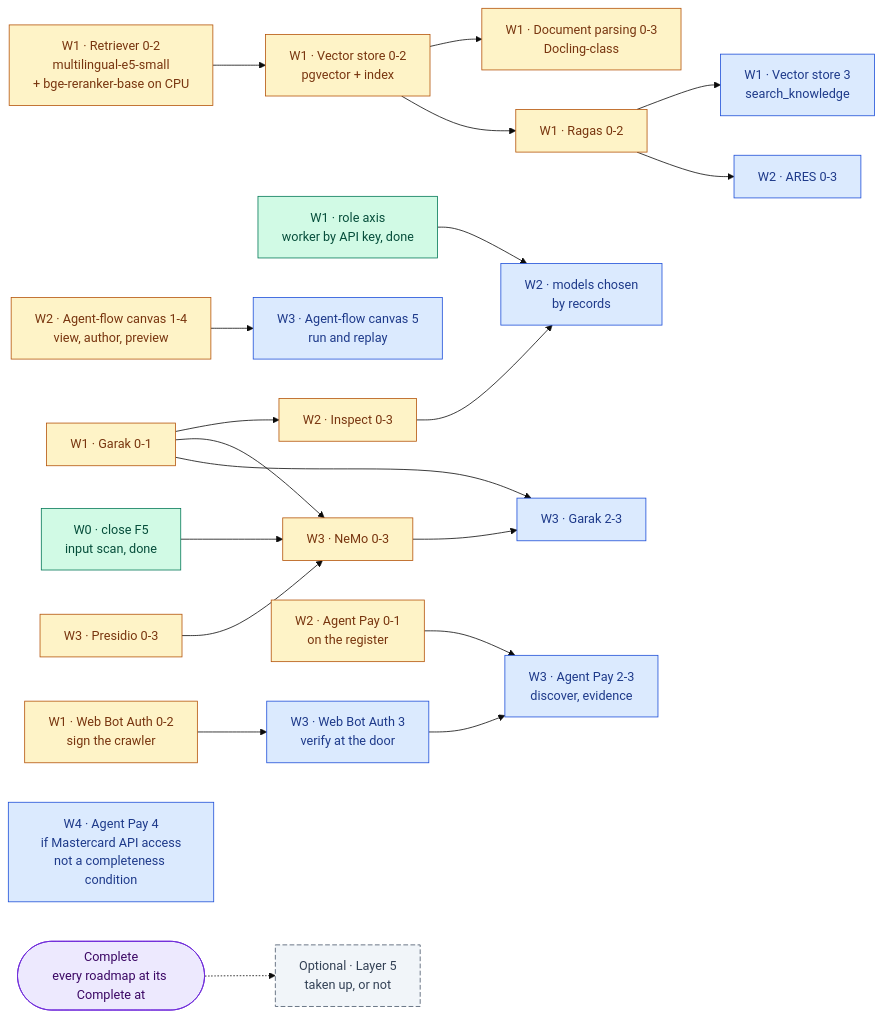
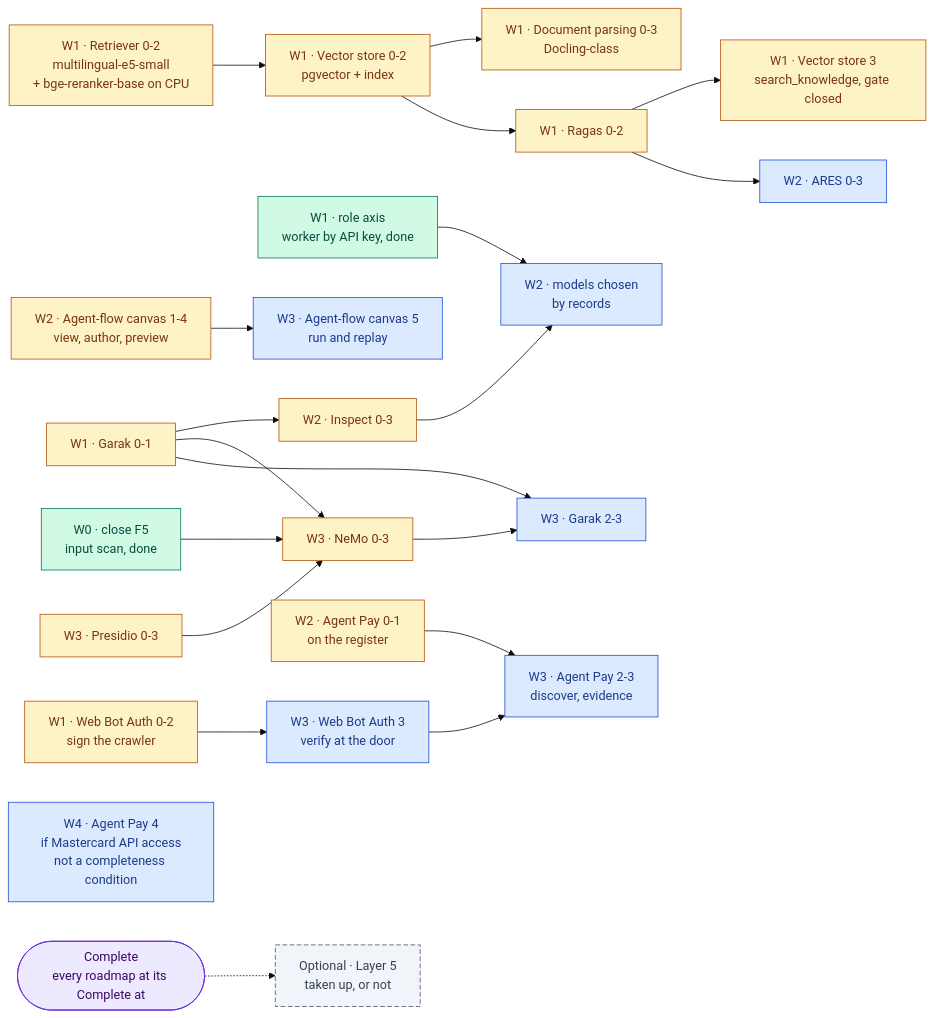
The fourth of 5 diagrams in docs/ai-architecture-roadmap.md (RodnaPamet/inflect-compliance), drawn with Mermaid (base theme) before and after one commit. The commit also changed other lines of this file and 39 other files, not shown here.

First line of the commit message:
feat(knowledge): search_knowledge — the vector store's query path, guarded, behind a mount gate (vector store 3.1–3.5)

````diff
--- a/docs/ai-architecture-roadmap.md
+++ b/docs/ai-architecture-roadmap.md
@@ -1025,51 +1033,51 @@
 ```mermaid
 flowchart LR
   F5["W0 · close F5<br/>input scan, done"]:::done
   RT1["W1 · Retriever 0-2<br/>multilingual-e5-small<br/>+ bge-reranker-base on CPU"]:::partial
   WV2["W1 · Vector store 0-2<br/>pgvector + index"]:::partial
   RF2["W1 · Document parsing 0-3<br/>Docling-class"]:::partial
   RA2["W1 · Ragas 0-2"]:::partial
-  WV3["W1 · Vector store 3<br/>search_knowledge"]:::todo
+  WV3["W1 · Vector store 3<br/>search_knowledge, gate closed"]:::partial
   AR2["W2 · ARES 0-3"]:::todo
   GA1["W1 · Garak 0-1"]:::partial
   RX1["W1 · role axis<br/>worker by API key, done"]:::done
   IS2["W2 · Inspect 0-3"]:::partial
   NR3["W2 · models chosen<br/>by records"]:::todo
   AF1["W2 · Agent-flow canvas 1-4<br/>view, author, preview"]:::partial
   AF4["W3 · Agent-flow canvas 5<br/>run and replay"]:::todo
   PR2["W3 · Presidio 0-3"]:::partial
   NG2["W3 · NeMo 0-3"]:::partial
   GA2["W3 · Garak 2-3"]:::todo
   WB2["W1 · Web Bot Auth 0-2<br/>sign the crawler"]:::partial
   WB3["W3 · Web Bot Auth 3<br/>verify at the door"]:::todo
   AP1["W2 · Agent Pay 0-1<br/>on the register"]:::partial
   AP3["W3 · Agent Pay 2-3<br/>discover, evidence"]:::todo
   AP4["W4 · Agent Pay 4<br/>if Mastercard API access<br/>not a completeness condition"]:::todo
   DONE(["Complete<br/>every roadmap at its Complete at"]):::gate
   L5["Optional · Layer 5<br/>taken up, or not"]:::optional
 
   RT1 --> WV2
   WV2 --> RF2
   WV2 --> RA2
   RA2 --> WV3
   RA2 --> AR2
   RX1 --> NR3
   IS2 --> NR3
   GA1 --> IS2
   AF1 --> AF4
   F5 --> NG2
   GA1 --> NG2
   PR2 --> NG2
   GA1 --> GA2
   NG2 --> GA2
   WB2 --> WB3
   WB3 --> AP3
   AP1 --> AP3
   DONE -.-> L5
 
   classDef done fill:#d1fae5,stroke:#047857,color:#064e3b
   classDef partial fill:#fef3c7,stroke:#b45309,color:#78350f
   classDef todo fill:#dbeafe,stroke:#1d4ed8,color:#1e3a8a
   classDef gate fill:#ede9fe,stroke:#6d28d9,color:#3b0764
   classDef optional fill:#f1f5f9,stroke:#475569,color:#334155,stroke-dasharray:6 3
 ```
````
